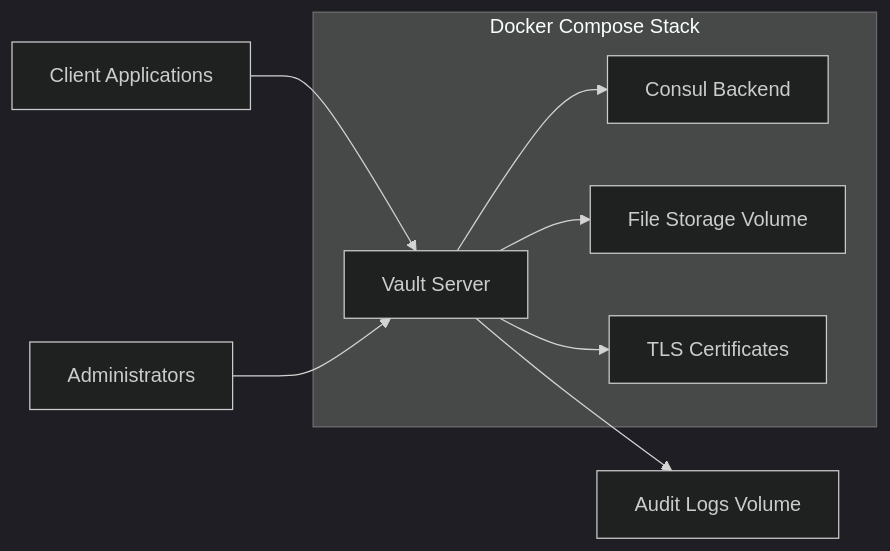
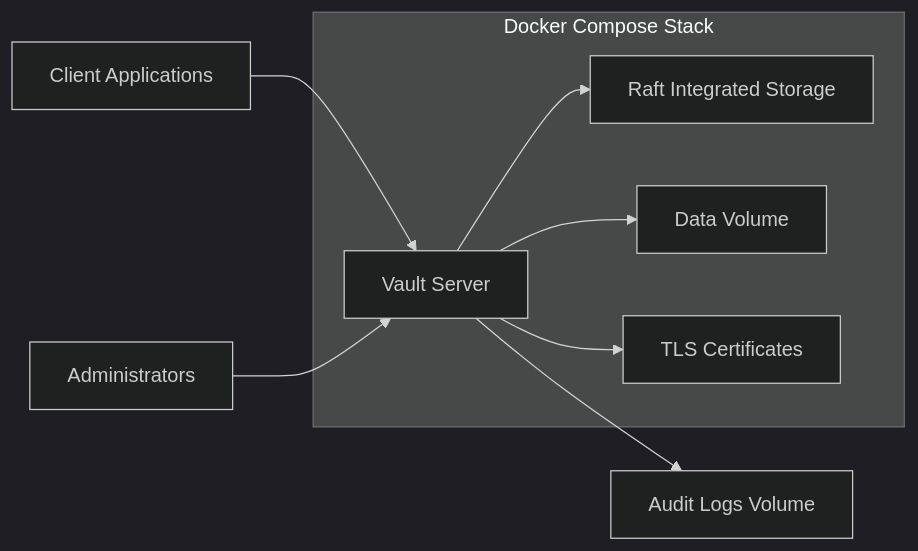
The second of 5 diagrams in posts/2026-02-02-vault-docker/README.md (OneUptime/blog), drawn with Mermaid (dark theme) before and after one commit. The commit also changed other lines of this file and 2 other files, not shown here.

Commit message:
validate: 2026-02-02-vault-docker

````diff
--- a/posts/2026-02-02-vault-docker/README.md
+++ b/posts/2026-02-02-vault-docker/README.md
@@ -79,13 +80,13 @@
 ```mermaid
 flowchart LR
     subgraph Docker Compose Stack
-        V[Vault Server] --> C[Consul Backend]
-        V --> FS[File Storage Volume]
+        V[Vault Server] --> R[Raft Integrated Storage]
+        V --> FS[Data Volume]
         V --> TLS[TLS Certificates]
     end
 
     Client[Client Applications] --> V
     Admin[Administrators] --> V
 
     V --> Logs[Audit Logs Volume]
 ```
````
